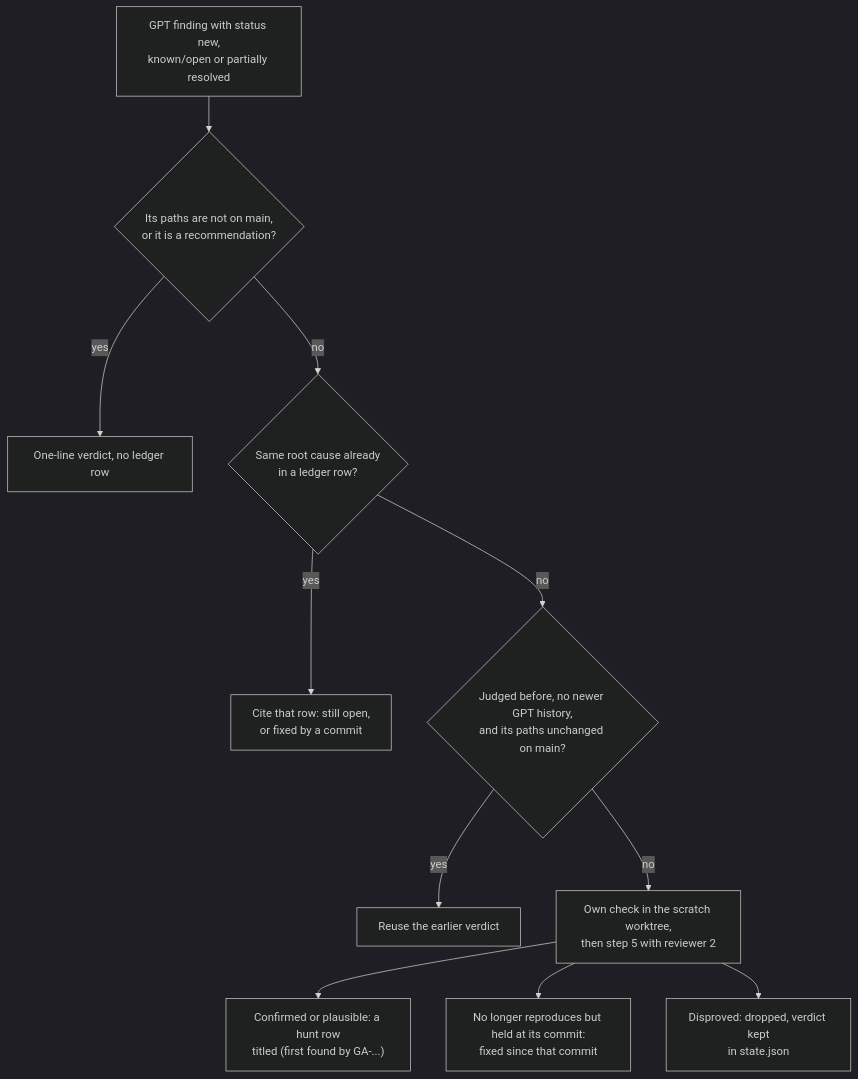
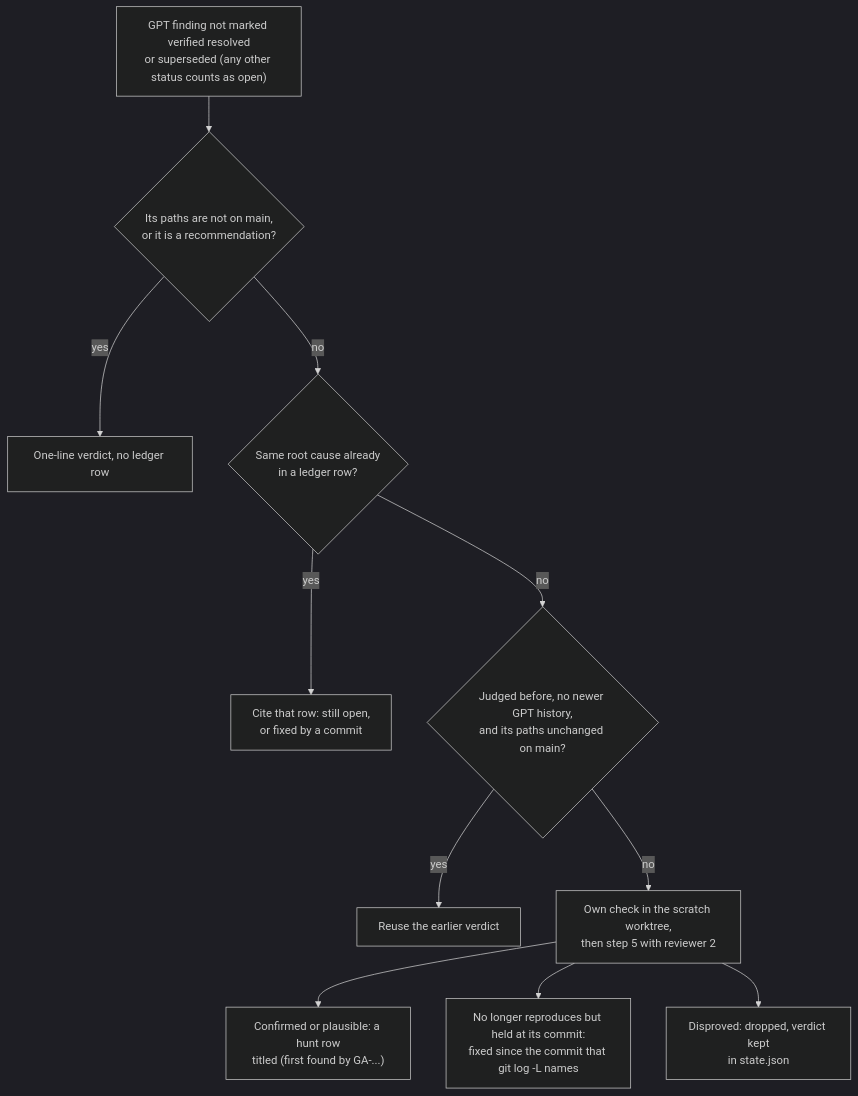
Before and after one commit to sasasqt/invest: the third of 8 diagrams in docs/CLAUDE_WORKFLOW.md, drawn with Mermaid (dark theme). The commit also changed other lines of this file and 1 other file, not shown here.

````diff
--- a/docs/CLAUDE_WORKFLOW.md
+++ b/docs/CLAUDE_WORKFLOW.md
@@ -90,13 +90,13 @@
 ```mermaid
 flowchart TD
-  A["GPT finding with status new,<br/>known/open or partially resolved"] --> C1{"Its paths are not on main,<br/>or it is a recommendation?"}
+  A["GPT finding not marked verified resolved<br/>or superseded (any other status counts as open)"] --> C1{"Its paths are not on main,<br/>or it is a recommendation?"}
   C1 -- yes --> V1["One-line verdict, no ledger row"]
   C1 -- no --> C2{"Same root cause already<br/>in a ledger row?"}
   C2 -- yes --> V2["Cite that row: still open,<br/>or fixed by a commit"]
   C2 -- no --> C3{"Judged before, no newer GPT history,<br/>and its paths unchanged on main?"}
   C3 -- yes --> V3["Reuse the earlier verdict"]
   C3 -- no --> V4["Own check in the scratch worktree,<br/>then step 5 with reviewer 2"]
   V4 --> R1["Confirmed or plausible: a hunt row<br/>titled (first found by GA-...)"]
-  V4 --> R2["No longer reproduces but held at its commit:<br/>fixed since that commit"]
+  V4 --> R2["No longer reproduces but held at its commit:<br/>fixed since the commit that git log -L names"]
   V4 --> R3["Disproved: dropped, verdict kept<br/>in state.json"]
 ```
````
